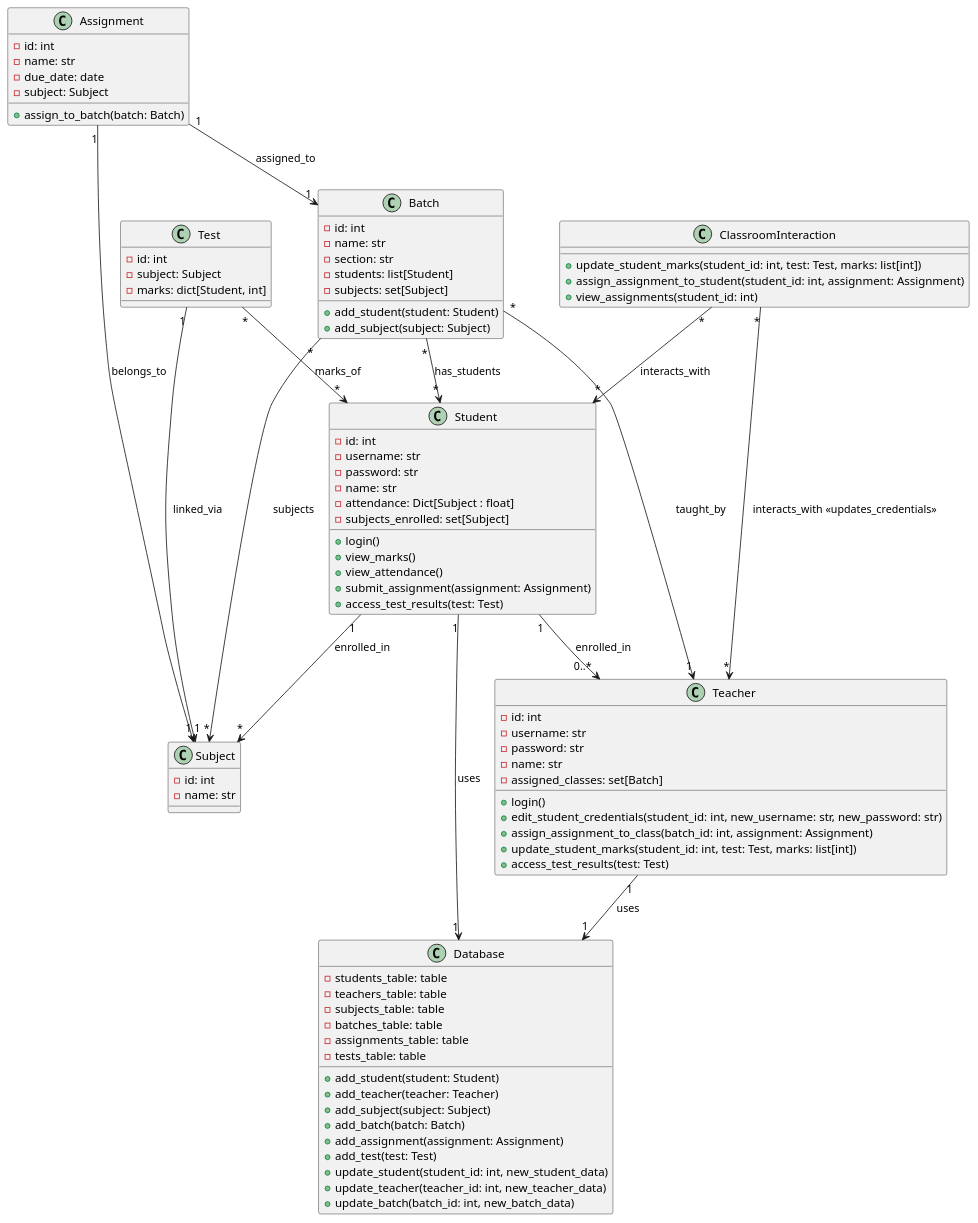
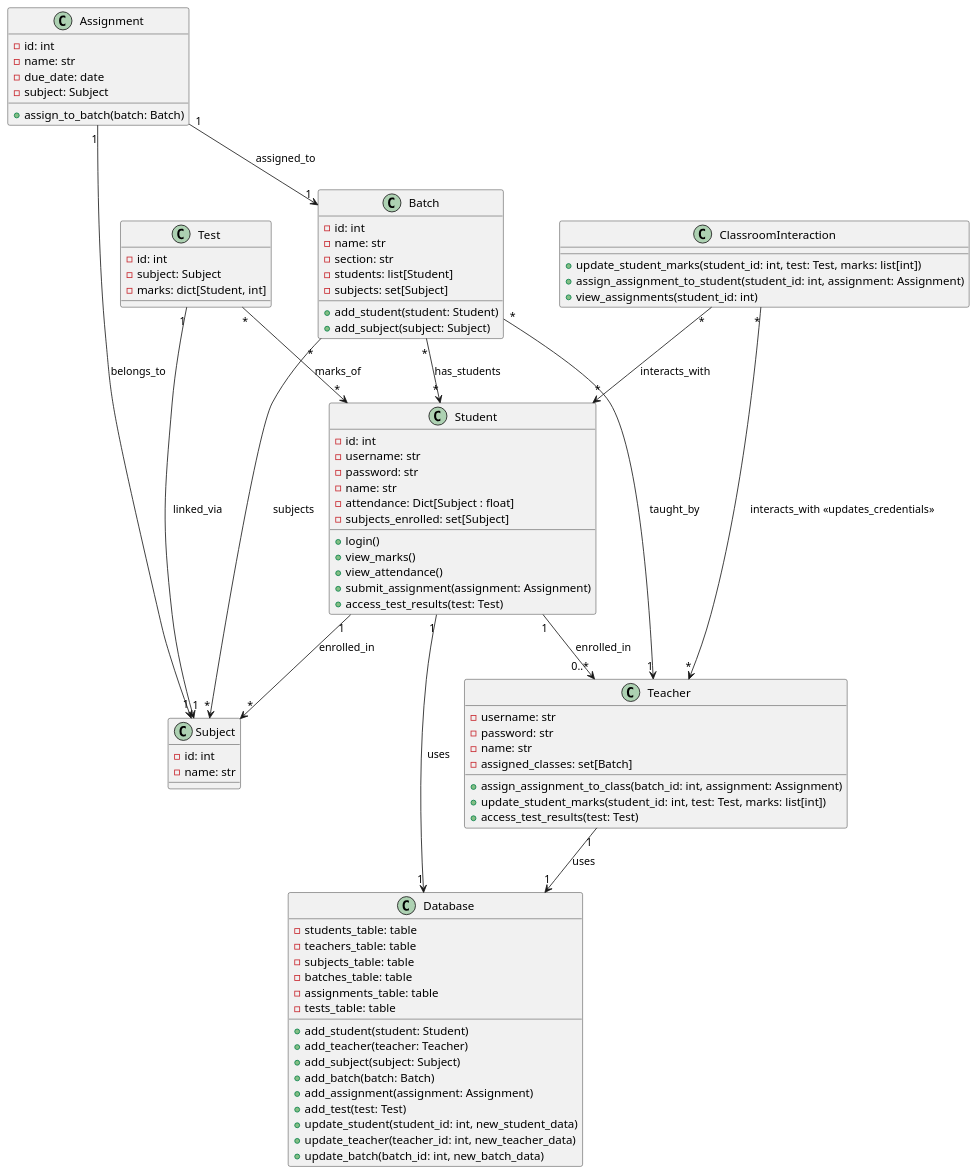
Before and after one commit to SrimanRakshan/DSA: the diagram in umldiagram.puml, drawn with PlantUML. The commit also changed 1 other file, not shown here.

Commit message:
Updated basic_classes.py, UML Diagram

```diff
--- a/umldiagram.puml
+++ b/umldiagram.puml
@@ -1,95 +1,92 @@
 @startuml
 class Student {
     - id: int
     - username: str
     - password: str
     - name: str
     - attendance: Dict[Subject : float]
     - subjects_enrolled: set[Subject]
     + login()
     + view_marks()
     + view_attendance()
     + submit_assignment(assignment: Assignment)
     + access_test_results(test: Test)
 }
 
 class Teacher {
-    - id: int
     - username: str
     - password: str
     - name: str
     - assigned_classes: set[Batch]
-    + login()
-    + edit_student_credentials(student_id: int, new_username: str, new_password: str)
     + assign_assignment_to_class(batch_id: int, assignment: Assignment)
     + update_student_marks(student_id: int, test: Test, marks: list[int])
     + access_test_results(test: Test)
 }
 
 class Subject {
     - id: int
     - name: str
 }
 
 class Batch {
     - id: int
     - name: str
     - section: str
     - students: list[Student]
     - subjects: set[Subject]
     + add_student(student: Student)
     + add_subject(subject: Subject)
 }
 
 class Assignment {
     - id: int
     - name: str
     - due_date: date
     - subject: Subject
     + assign_to_batch(batch: Batch)
 }
 
 class Test {
     - id: int
     - subject: Subject
     - marks: dict[Student, int]
 }
 
 class ClassroomInteraction {
     + update_student_marks(student_id: int, test: Test, marks: list[int])
     + assign_assignment_to_student(student_id: int, assignment: Assignment)
     + view_assignments(student_id: int)
 }
 
 class Database {
     - students_table: table
     - teachers_table: table
     - subjects_table: table
     - batches_table: table
     - assignments_table: table
     - tests_table: table
     + add_student(student: Student)
     + add_teacher(teacher: Teacher)
     + add_subject(subject: Subject)
     + add_batch(batch: Batch)
     + add_assignment(assignment: Assignment)
     + add_test(test: Test)
     + update_student(student_id: int, new_student_data)
     + update_teacher(teacher_id: int, new_teacher_data)
     + update_batch(batch_id: int, new_batch_data)
 }
 
 Student "1" --> "0..*" Teacher : enrolled_in
 Student "1" --> "1" Database : uses
 Teacher "1" --> "1" Database : uses
 Student "1" --> "*" Subject : enrolled_in
 Batch "*" --> "1" Teacher : taught_by
 Batch "*" --> "*" Student : has_students
 Batch "*" --> "*" Subject : subjects
 Assignment "1" --> "1" Subject : belongs_to
 Assignment "1" --> "1" Batch : assigned_to
 Test "1" --> "1" Subject : linked_via
 Test "*" --> "*" Student : marks_of
 ClassroomInteraction "*" --> "*" Teacher : interacts_with <<updates_credentials>>
 ClassroomInteraction "*" --> "*" Student : interacts_with
 @enduml
```
